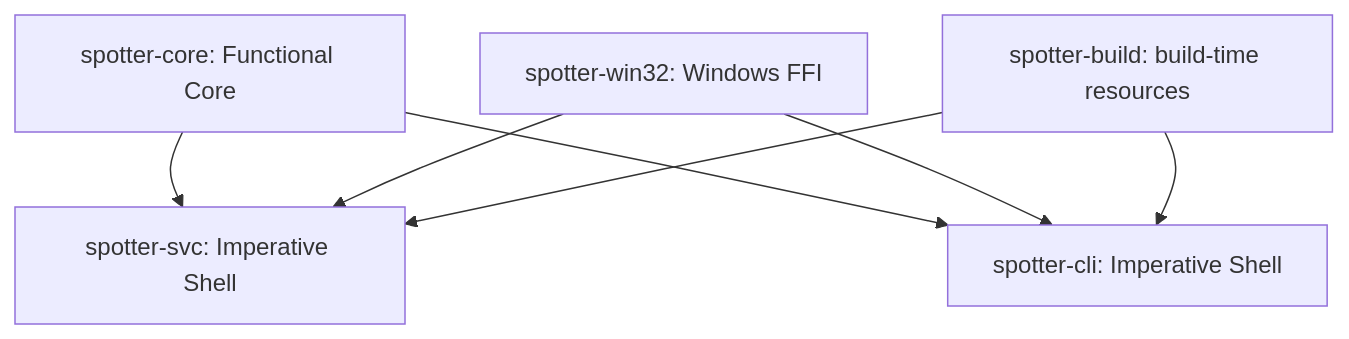
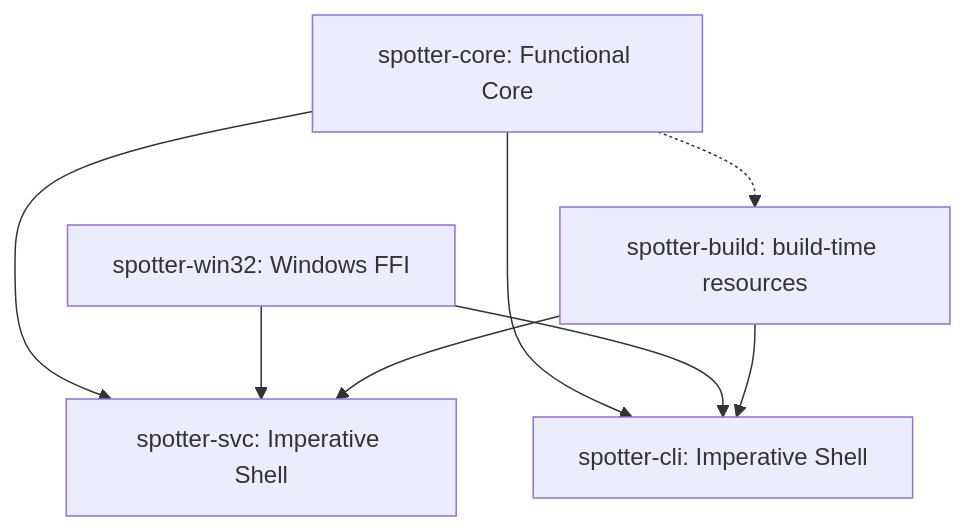
The first of 3 diagrams in docs/architecture.md (infogyre/SnipeSpotter), drawn with Mermaid before and after one commit. The commit also changed other lines of this file and 3 other files, not shown here.

````diff
--- a/docs/architecture.md
+++ b/docs/architecture.md
@@ -5,9 +7,10 @@
 ```mermaid
 graph TD
-  Core[spotter-core: Functional Core] --> Service[spotter-svc: Imperative Shell]
-  Core --> CLI[spotter-cli: Imperative Shell]
-  Win32[spotter-win32: Windows FFI] --> Service
-  Win32 --> CLI
-  Build[spotter-build: build-time resources] --> Service
-  Build --> CLI
+    Core[spotter-core: Functional Core] --> SVC[spotter-svc: Imperative Shell]
+    Core --> CLI[spotter-cli: Imperative Shell]
+    Win32[spotter-win32: Windows FFI] --> SVC
+    Win32 --> CLI
+    Build[spotter-build: build-time resources] --> SVC
+    Build --> CLI
+    Core -.-> Build
 ```
````
